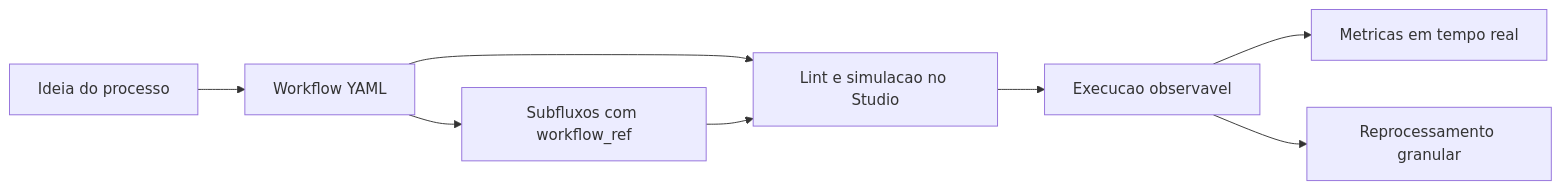
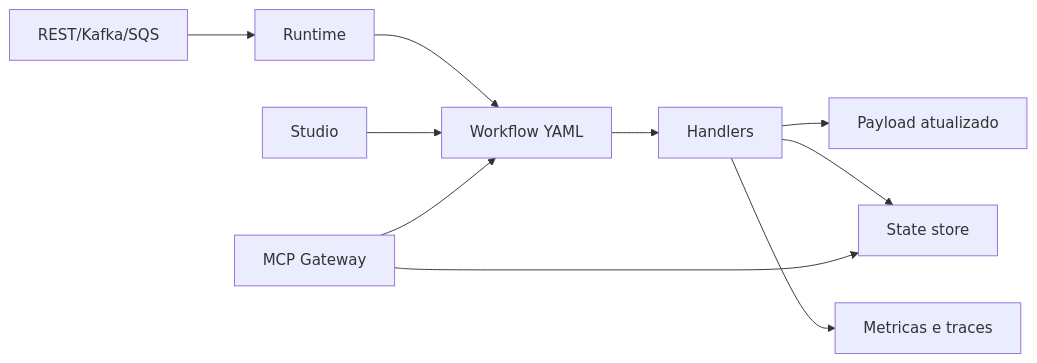
Before and after one commit to raywall/routing-slip-pattern: the diagram in DOCUMENTATION.md, drawn with Mermaid. The commit also changed other lines of this file and 33 other files, not shown here.

````diff
--- a/DOCUMENTATION.md
+++ b/DOCUMENTATION.md
@@ -1883,10 +7,12 @@
 ```mermaid
 flowchart LR
-    A[Ideia do processo] --> B[Workflow YAML]
-    B --> C[Lint e simulacao no Studio]
-    C --> D[Execucao observavel]
-    D --> E[Metricas em tempo real]
-    D --> F[Reprocessamento granular]
-    B --> G[Subfluxos com workflow_ref]
-    G --> C
+  A[REST/Kafka/SQS] --> B[Runtime]
+  B --> C[Workflow YAML]
+  C --> D[Handlers]
+  D --> E[Payload atualizado]
+  D --> F[State store]
+  D --> G[Metricas e traces]
+  H[Studio] --> C
+  I[MCP Gateway] --> C
+  I --> F
 ```
````
